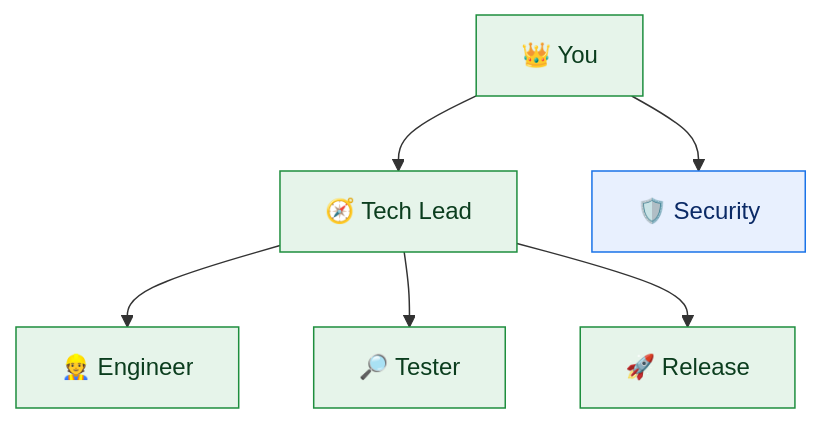
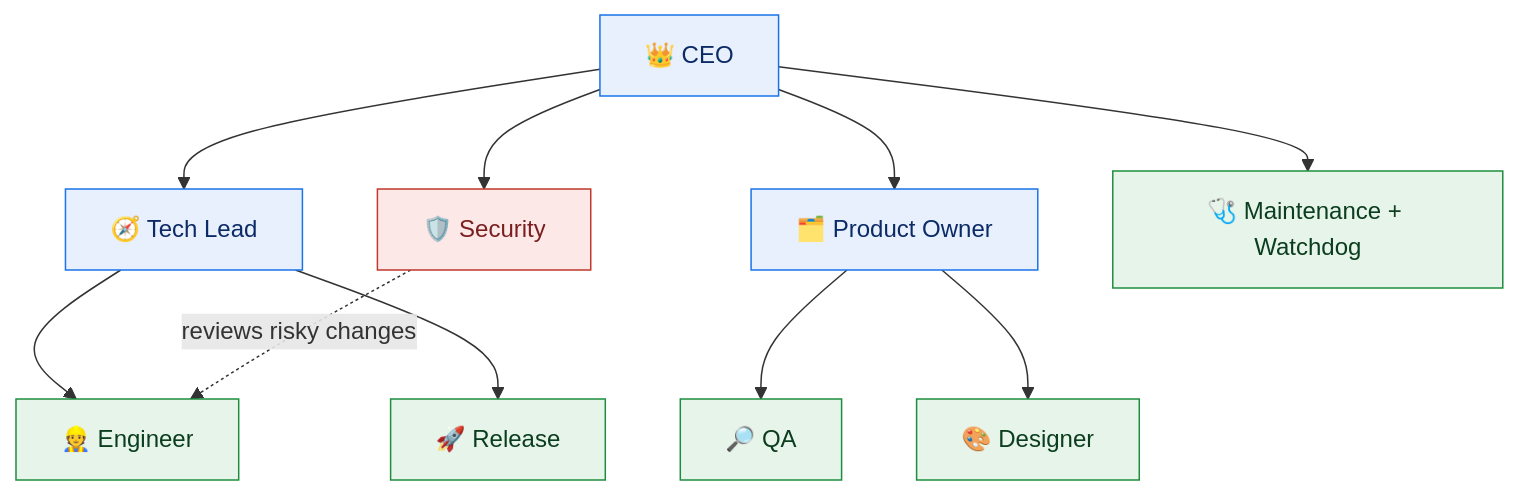
Before and after one commit to hamadsec/paperclip-ai-company: the fourth of 4 diagrams in README.md, drawn with Mermaid. The commit also changed other lines of this file and 6 other files, not shown here.

First line of the commit message:
Refresh for the finished, proven company; executable build-your-own guide; cleaner Mermaid diagrams

````diff
--- a/README.md
+++ b/README.md
@@ -137,14 +163,24 @@
 ```mermaid
 flowchart TD
-    CEO["👑 You"] --> LEAD["🧭 Tech Lead"]
-    CEO --> SEC["🛡️ Security"]
-    LEAD --> ENG["👷 Engineer"]
-    LEAD --> QA["🔎 Tester"]
-    LEAD --> REL["🚀 Release"]
+    CEO["👑 CEO"]
+    LEAD["🧭 Tech Lead"]
+    PO["🗂️ Product Owner"]
+    SEC["🛡️ Security"]
+    ENG["👷 Engineer"]
+    REL["🚀 Release"]
+    QA["🔎 QA"]
+    DES["🎨 Designer"]
+    OPSA["🩺 Maintenance + Watchdog"]
 
-    classDef lead fill:#e8f0fe,stroke:#1a73e8,color:#0b2a66;
+    CEO --> LEAD & PO & SEC & OPSA
+    LEAD --> ENG & REL
+    PO --> QA & DES
+    SEC -. reviews risky changes .-> ENG
+
+    classDef boss fill:#e8f0fe,stroke:#1a73e8,color:#0b2a66;
     classDef ic fill:#e6f4ea,stroke:#1e8e3e,color:#0b3d1e;
-    class CEO,LEAD ic;
-    class ENG,QA,REL ic;
-    class SEC lead;
+    classDef guard fill:#fde8e8,stroke:#c0392b,color:#7a1f1f;
+    class CEO,LEAD,PO boss;
+    class ENG,REL,QA,DES,OPSA ic;
+    class SEC guard;
 ```
````
